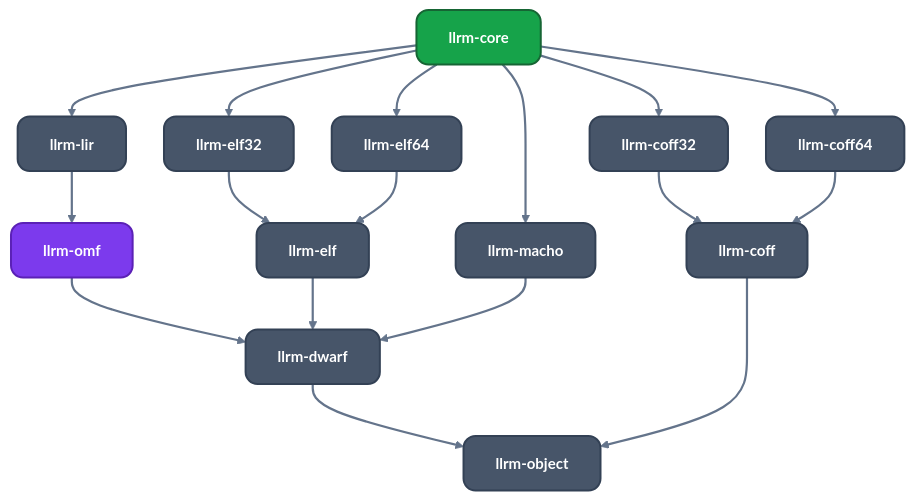
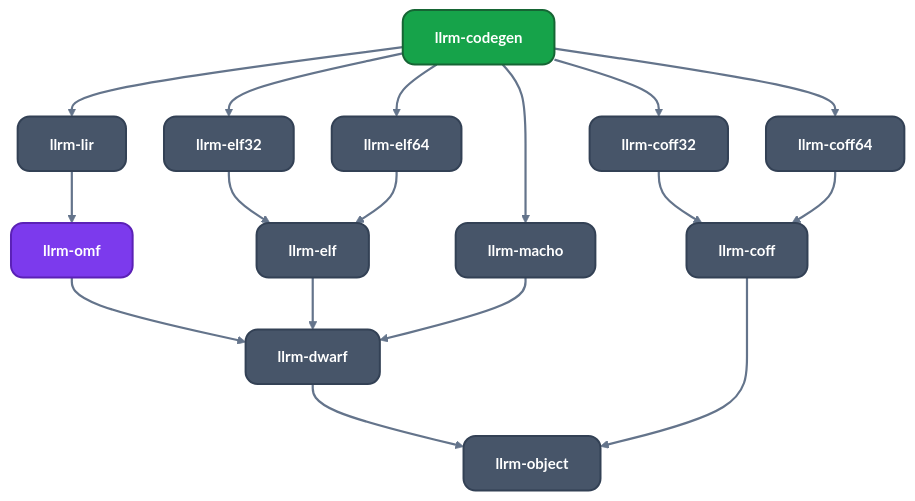
One commit to ali-mosavian/llrm changed the fourth of 4 diagrams in docs/reference/crates.md. Above: the diagram before and after it, drawn with Mermaid. The commit also changed other lines of this file and 820 other files, not shown here.

Commit message:
refactor(layout): llrm-core becomes crates/codegen/llrm-codegen

````diff
--- a/docs/reference/crates.md
+++ b/docs/reference/crates.md
@@ -124,36 +124,36 @@
 ```mermaid
 %%{init: {'theme':'base','themeVariables':{'fontFamily':'Segoe UI, Helvetica Neue, Arial, DejaVu Sans, sans-serif','fontSize':'15px','primaryColor':'#475569','primaryTextColor':'#ffffff','primaryBorderColor':'#334155','lineColor':'#64748b','secondaryColor':'#475569','tertiaryColor':'transparent','clusterBkg':'transparent','clusterBorder':'#64748b','edgeLabelBackground':'#334155','textColor':'#64748b','titleColor':'#64748b'},'flowchart':{'curve':'basis','nodeSpacing':38,'rankSpacing':52,'padding':16,'wrappingWidth':360,'htmlLabels':true,'useMaxWidth':true}}}%%
 flowchart TB
   classDef mid fill:#475569,stroke:#334155,stroke-width:2px,color:#ffffff,rx:12px,ry:12px
   classDef out fill:#16a34a,stroke:#166534,stroke-width:2px,color:#ffffff,rx:12px,ry:12px
   classDef data fill:#7c3aed,stroke:#5b21b6,stroke-width:2px,color:#ffffff,rx:12px,ry:12px
   linkStyle default stroke:#64748b,stroke-width:2.2px
-  core["<b>llrm-core</b>"]:::out
+  core["<b>llrm-codegen</b>"]:::out
   lir["<b>llrm-lir</b>"]:::mid
   omf["<b>llrm-omf</b>"]:::data
   dwarf["<b>llrm-dwarf</b>"]:::mid
   obj["<b>llrm-object</b>"]:::mid
   elf["<b>llrm-elf</b>"]:::mid
   e32["<b>llrm-elf32</b>"]:::mid
   e64["<b>llrm-elf64</b>"]:::mid
   macho["<b>llrm-macho</b>"]:::mid
   coff["<b>llrm-coff</b>"]:::mid
   c32["<b>llrm-coff32</b>"]:::mid
   c64["<b>llrm-coff64</b>"]:::mid
   core --> lir
   core --> e32
   core --> e64
   core --> macho
   core --> c32
   core --> c64
   lir --> omf
   omf --> dwarf
   e32 --> elf
   e64 --> elf
   elf --> dwarf
   macho --> dwarf
   dwarf --> obj
   c32 --> coff
   c64 --> coff
   coff --> obj
 ```
````
